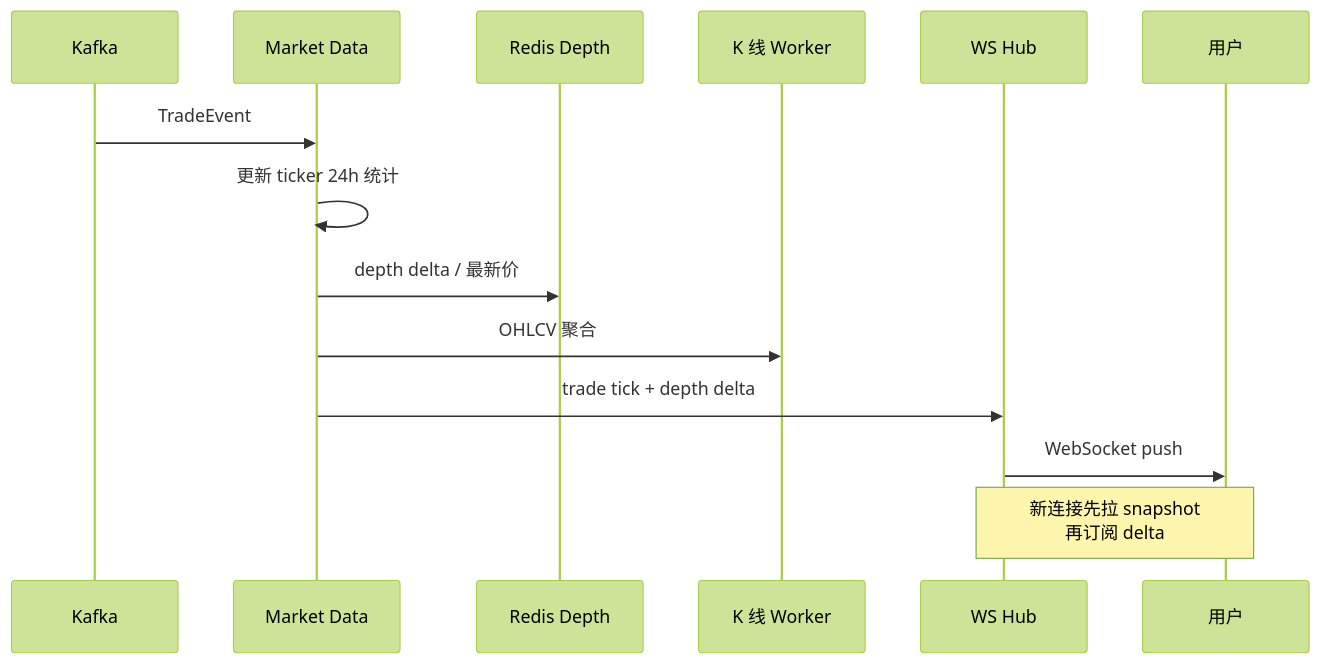
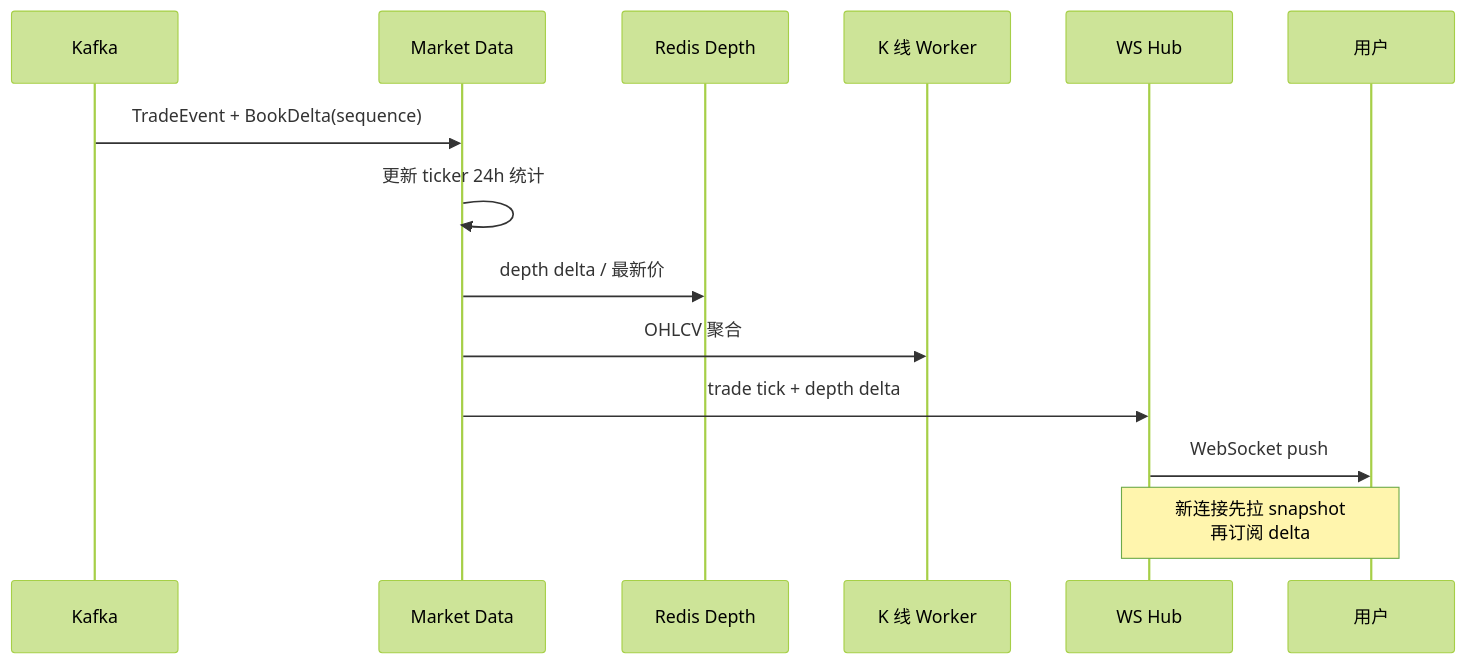
Before and after one commit to twodog-tt/Golang-development-manual: the fifth of 6 diagrams in docs/interview/14-dex-cex-engineering/S-EXCH-13-cex-end-to-end-architecture.md, drawn with Mermaid (forest theme). The commit also changed other lines of this file and 438 other files, not shown here.

````diff
--- a/docs/interview/14-dex-cex-engineering/S-EXCH-13-cex-end-to-end-architecture.md
+++ b/docs/interview/14-dex-cex-engineering/S-EXCH-13-cex-end-to-end-architecture.md
@@ -238,17 +255,17 @@
 ```mermaid
 sequenceDiagram
   participant MQ as Kafka
   participant MD as Market Data
   participant Redis as Redis Depth
   participant Kline as K 线 Worker
   participant WS as WS Hub
   participant U as 用户
 
-  MQ->>MD: TradeEvent
+  MQ->>MD: TradeEvent + BookDelta(sequence)
   MD->>MD: 更新 ticker 24h 统计
   MD->>Redis: depth delta / 最新价
   MD->>Kline: OHLCV 聚合
   MD->>WS: trade tick + depth delta
   WS->>U: WebSocket push
   Note over U,WS: 新连接先拉 snapshot<br/>再订阅 delta
 ```
````
